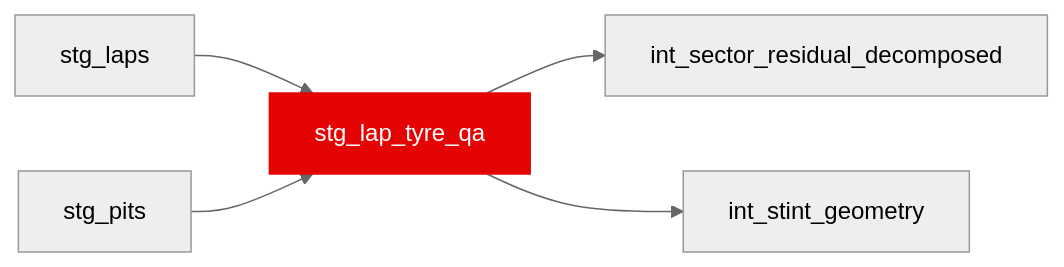
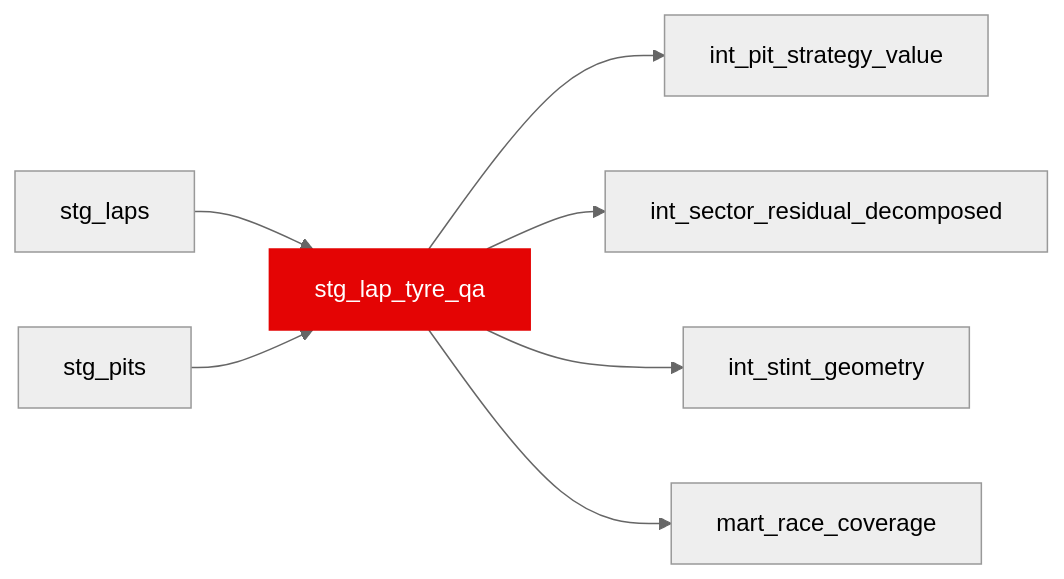
The diagram in docs/reference/models/stg/stg_lap_tyre_qa.mdx (JustinClarke/off-the-pace), drawn with Mermaid (neutral theme) before and after one commit. The commit also changed other lines of this file and 286 other files, not shown here.

````diff
--- a/docs/reference/models/stg/stg_lap_tyre_qa.mdx
+++ b/docs/reference/models/stg/stg_lap_tyre_qa.mdx
@@ -15,8 +15,10 @@
 ```mermaid
 flowchart LR
   stg_laps --> stg_lap_tyre_qa
   stg_pits --> stg_lap_tyre_qa
+  stg_lap_tyre_qa --> int_pit_strategy_value
   stg_lap_tyre_qa --> int_sector_residual_decomposed
   stg_lap_tyre_qa --> int_stint_geometry
+  stg_lap_tyre_qa --> mart_race_coverage
   style stg_lap_tyre_qa fill:#e40404,stroke:#e40404,color:#fff
 ```
````
